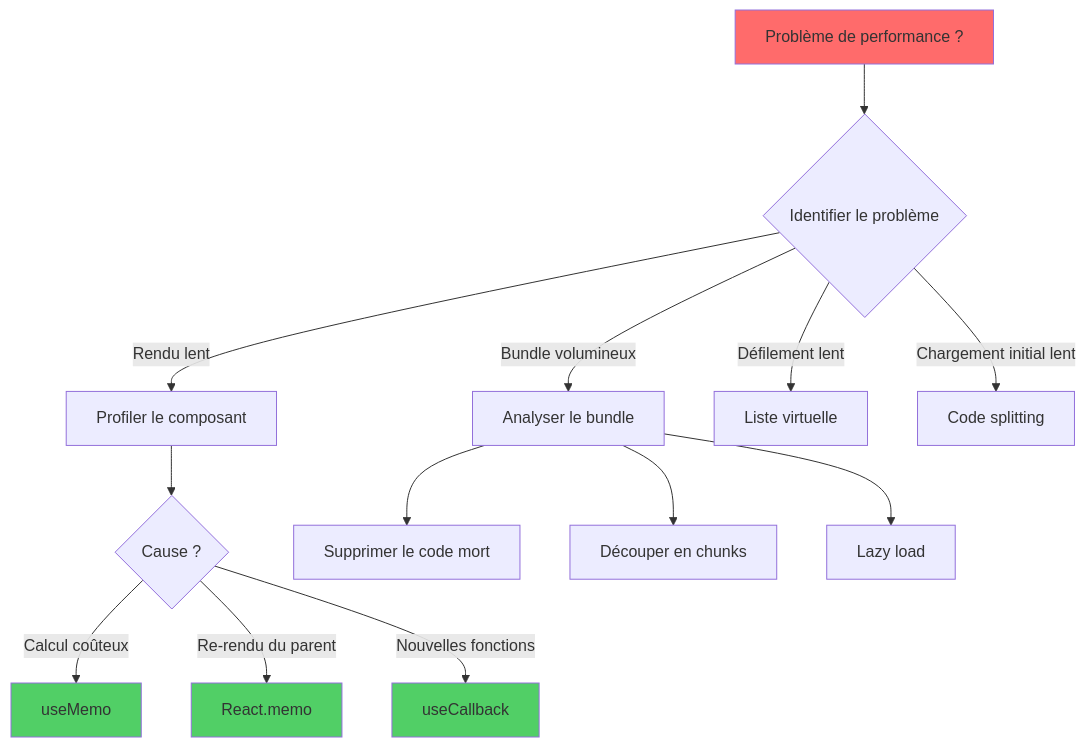
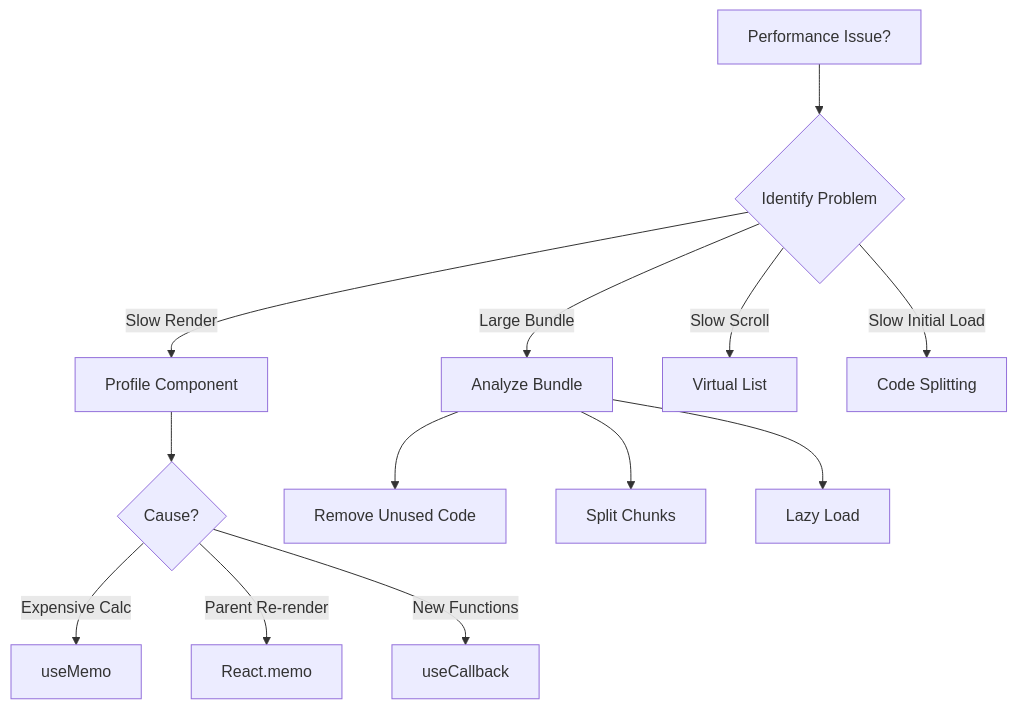
Before and after one commit to BabaScience/react-guides: the fifth of 5 diagrams in arguments/chapters/fr/09-performance-optimization.md, drawn with Mermaid. The commit also changed other lines of this file and 29 other files, not shown here.

First line of the commit message:
Bring React FR/IT translations to full English parity + theme-safe diagrams

````diff
--- a/arguments/chapters/fr/09-performance-optimization.md
+++ b/arguments/chapters/fr/09-performance-optimization.md
@@ -278,23 +1897,19 @@
 ```mermaid
 graph TD
-    A["Problème de performance ?"] --> B{"Identifier le problème"}
-
-    B -->|Rendu lent| C["Profiler le composant"]
-    B -->|Bundle volumineux| D["Analyser le bundle"]
-    B -->|Défilement lent| E["Liste virtuelle"]
-    B -->|Chargement initial lent| F["Code splitting"]
-
-    C --> G{"Cause ?"}
-    G -->|Calcul coûteux| H["useMemo"]
-    G -->|Re-rendu du parent| I["React.memo"]
-    G -->|Nouvelles fonctions| J["useCallback"]
-
-    D --> K["Supprimer le code mort"]
-    D --> L["Découper en chunks"]
-    D --> M["Lazy load"]
-
-    style A fill:#ff6b6b
-    style H fill:#51cf66
-    style I fill:#51cf66
-    style J fill:#51cf66
+    A[Performance Issue?] --> B{Identify Problem}
+    
+    B -->|Slow Render| C[Profile Component]
+    B -->|Large Bundle| D[Analyze Bundle]
+    B -->|Slow Scroll| E[Virtual List]
+    B -->|Slow Initial Load| F[Code Splitting]
+    
+    C --> G{Cause?}
+    G -->|Expensive Calc| H[useMemo]
+    G -->|Parent Re-render| I[React.memo]
+    G -->|New Functions| J[useCallback]
+    
+    D --> K[Remove Unused Code]
+    D --> L[Split Chunks]
+    D --> M[Lazy Load]
+    
 ```
````
